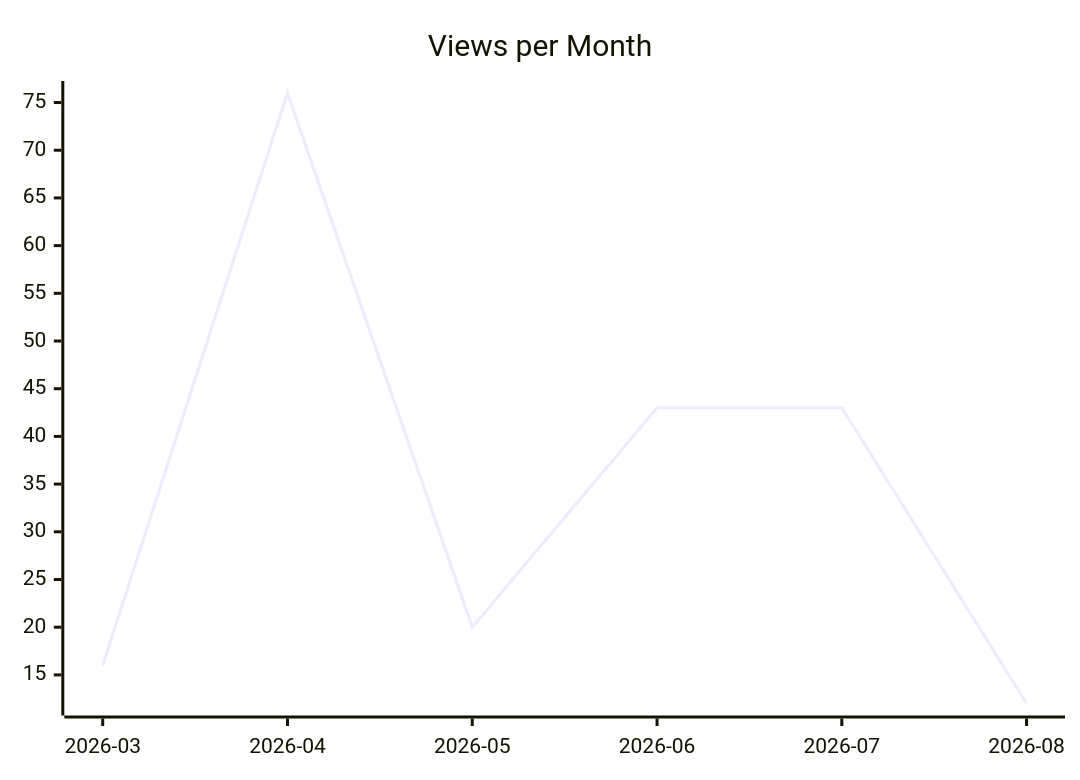
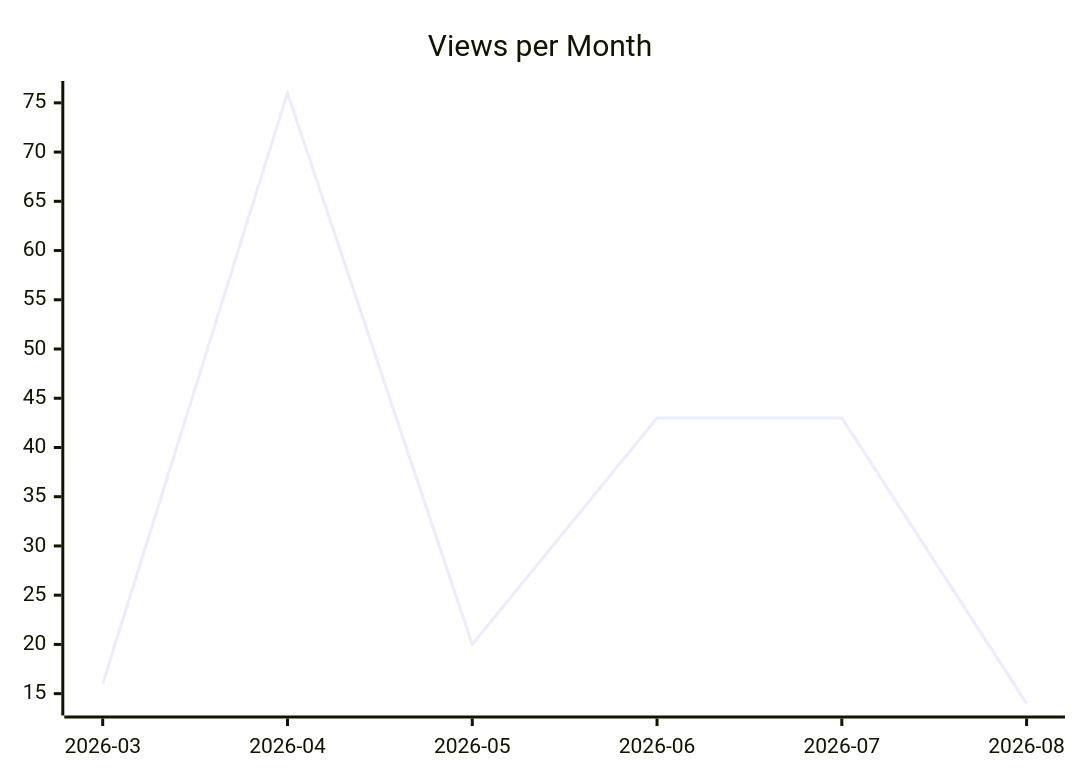
One commit to justdavis-family/github-analytics-data changed the second of 3 diagrams in karlmdavis/ksoap2-android/README.md. Above: the diagram before and after it, drawn with Mermaid. The commit also changed other lines of this file and 174 other files, not shown here.

````diff
--- a/karlmdavis/ksoap2-android/README.md
+++ b/karlmdavis/ksoap2-android/README.md
@@ -12,6 +12,6 @@
 ```mermaid
 xychart-beta
   title "Views per Month"
   x-axis ["2026-03", "2026-04", "2026-05", "2026-06", "2026-07", "2026-08"]
-  line [16, 76, 20, 43, 43, 12]
+  line [16, 76, 20, 43, 43, 14]
 ```
````
